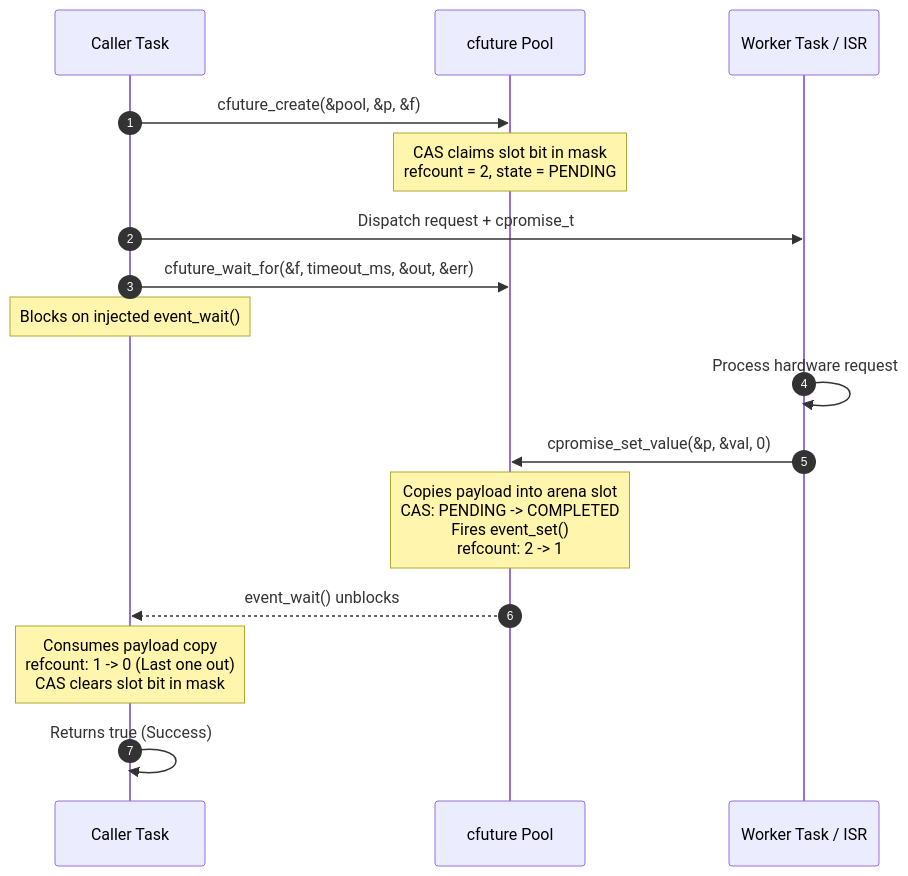
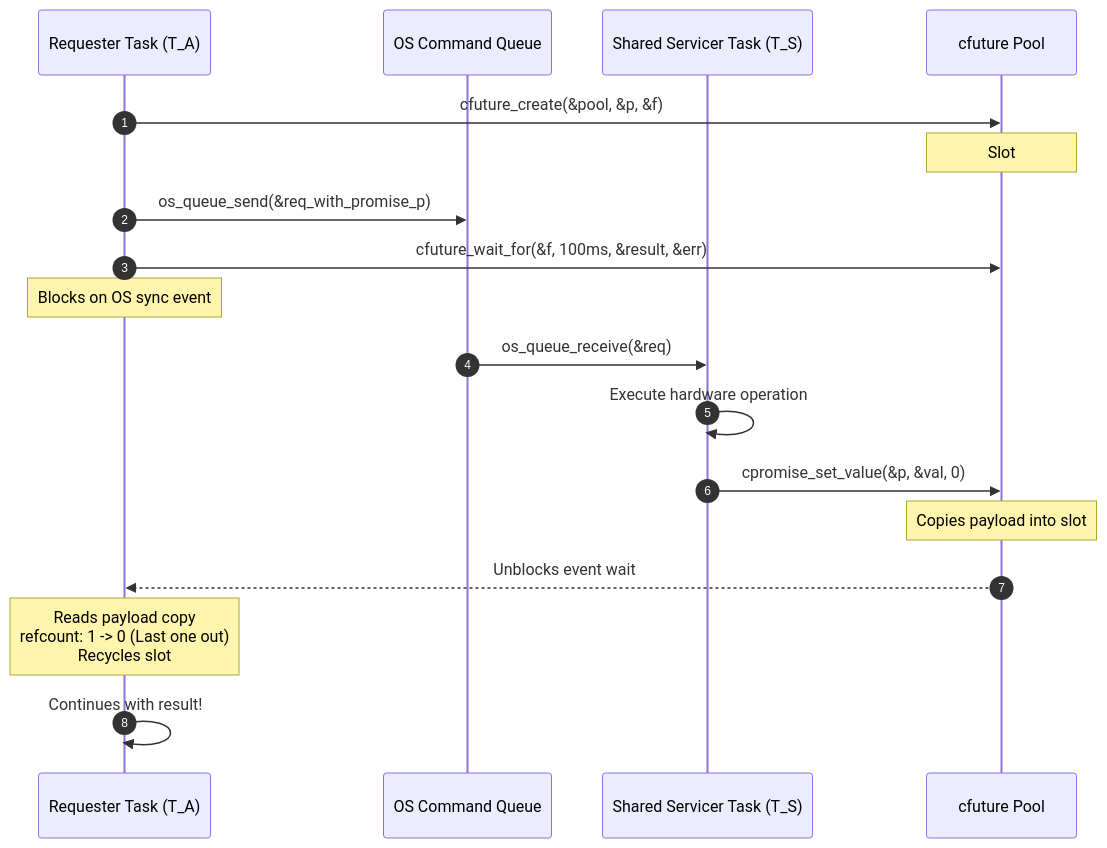
One commit to Mrunmoy/janus changed the first of 2 diagrams in README.md. Above: the diagram before and after it, drawn with Mermaid. The commit also changed other lines of this file and 1 other file, not shown here.

Commit message:
docs(architecture): rewrite origin story, queue aba hazard, and add pipeline demo

````diff
--- a/README.md
+++ b/README.md
@@ -89,19 +71,21 @@
 ```mermaid
 sequenceDiagram
     autonumber
-    participant C as Caller Task
+    participant A as Requester Task (T_A)
+    participant Q as OS Command Queue
+    participant S as Shared Servicer Task (T_S)
     participant P as cfuture Pool
-    participant W as Worker Task / ISR
 
-    C->>P: cfuture_create(&pool, &p, &f)
-    Note over P: CAS claims slot bit in mask<br/>refcount = 2, state = PENDING
-    C->>W: Dispatch request + cpromise_t
-    C->>P: cfuture_wait_for(&f, timeout_ms, &out, &err)
-    Note over C: Blocks on injected event_wait()
-    W->>W: Process hardware request
-    W->>P: cpromise_set_value(&p, &val, 0)
-    Note over P: Copies payload into arena slot<br/>CAS: PENDING -> COMPLETED<br/>Fires event_set()<br/>refcount: 2 -> 1
-    P-->>C: event_wait() unblocks
-    Note over C: Consumes payload copy<br/>refcount: 1 -> 0 (Last one out)<br/>CAS clears slot bit in mask
-    C->>C: Returns true (Success)
+    A->>P: cfuture_create(&pool, &p, &f)
+    Note over P: Slot #2 claimed (refcount=2, state=PENDING)
+    A->>Q: os_queue_send(&req_with_promise_p)
+    A->>P: cfuture_wait_for(&f, 100ms, &result, &err)
+    Note over A: Blocks on OS sync event
+    Q->>S: os_queue_receive(&req)
+    S->>S: Execute hardware operation
+    S->>P: cpromise_set_value(&p, &val, 0)
+    Note over P: Copies payload into slot #2<br/>State -> COMPLETED<br/>Signals event<br/>refcount: 2 -> 1
+    P-->>A: Unblocks event wait
+    Note over A: Reads payload copy<br/>refcount: 1 -> 0 (Last one out)<br/>Recycles slot #2 bit in mask
+    A->>A: Continues with result!
 ```
````
